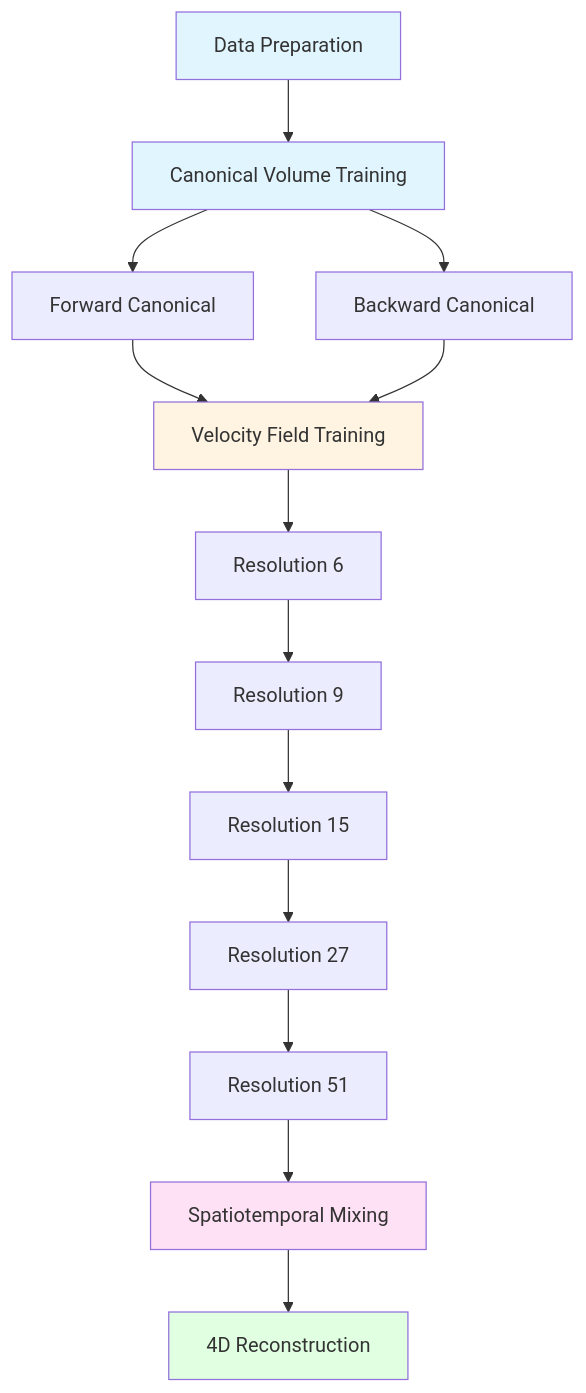
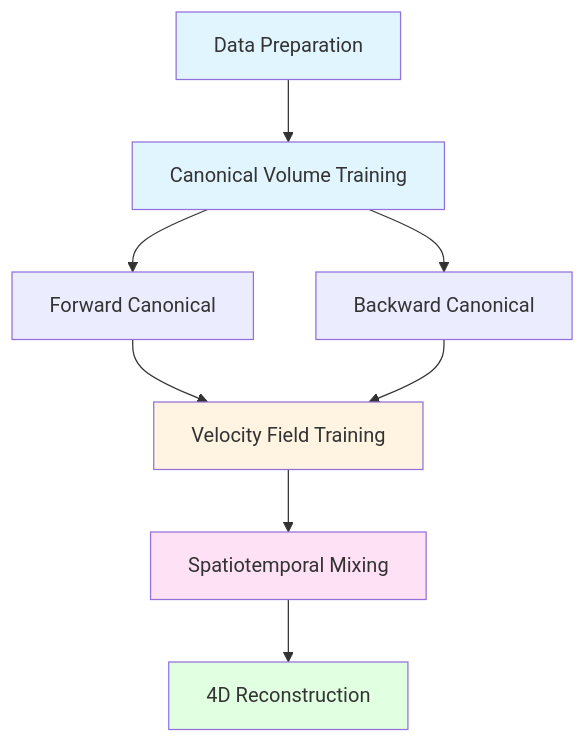
Before and after one commit to igrega348/neural_xray: the diagram in README.md, drawn with Mermaid.

Commit message:
Update mermaid diagram

````diff
--- a/README.md
+++ b/README.md
@@ -70,21 +70,16 @@
 ```mermaid
 graph TD
     A[Data Preparation] --> B[Canonical Volume Training]
     B --> B1[Forward Canonical]
     B --> B2[Backward Canonical]
     B1 --> C[Velocity Field Training]
     B2 --> C
-    C --> C1[Resolution 6]
-    C1 --> C2[Resolution 9]
-    C2 --> C3[Resolution 15]
-    C3 --> C4[Resolution 27]
-    C4 --> C5[Resolution 51]
-    C5 --> D[Spatiotemporal Mixing]
+    C --> D[Spatiotemporal Mixing]
     D --> E[4D Reconstruction]
     
     style A fill:#e1f5ff
     style B fill:#e1f5ff
     style C fill:#fff4e1
     style D fill:#ffe1f5
     style E fill:#e1ffe1
 ```
````
